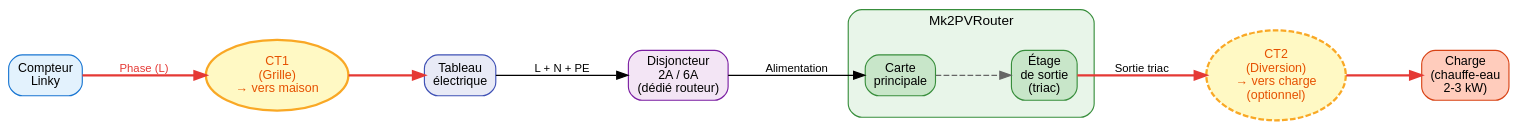
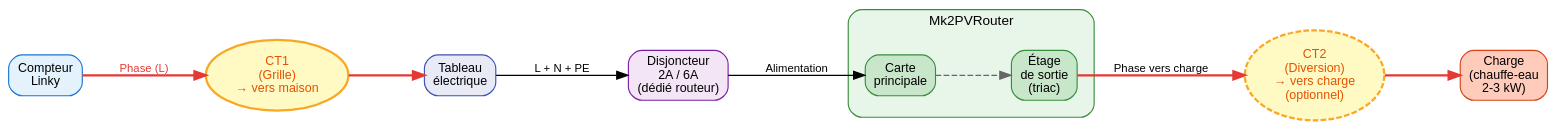
The first of 2 diagrams in content/installation-finale.rst (FredM67/Mk2PVRouter), drawn with Graphviz before and after one commit. The commit also changed other lines of this file, not shown here.

```diff
--- a/content/installation-finale.rst
+++ b/content/installation-finale.rst
@@ -164,47 +165,47 @@
 .. graphviz::
    :caption: Emplacement des CT — Installation monophasée
    :align: center
    :alt: Schéma d'installation des capteurs de courant en monophasé
 
    digraph ct_mono {
        rankdir=LR;
        node [shape=box, style="rounded,filled", fontname="Arial", fontsize=11];
        edge [fontname="Arial", fontsize=10];
        nodesep=0.6;
        ranksep=0.9;
        bgcolor=transparent;
 
        compteur [label="Compteur\nLinky", fillcolor="#E3F2FD", color="#1976D2"];
 
        ct1 [label="CT1\n(Grille)\n→ vers maison", shape=ellipse, fillcolor="#FFF9C4", color="#F9A825", fontcolor="#E65100", penwidth=2];
 
        tableau [label="Tableau\nélectrique", fillcolor="#E8EAF6", color="#3F51B5"];
 
        disj [label="Disjoncteur\n2A / 6A\n(dédié routeur)", fillcolor="#F3E5F5", color="#7B1FA2"];
 
        subgraph cluster_router {
            label="Mk2PVRouter";
            style="filled,rounded";
            fillcolor="#E8F5E9";
            color="#388E3C";
            fontname="Arial";
            fontsize=12;
            labelloc="t";
            margin=15;
 
            routeur [label="Carte\nprincipale", fillcolor="#C8E6C9", color="#388E3C"];
            sortie [label="Étage\nde sortie\n(triac)", fillcolor="#C8E6C9", color="#388E3C"];
        }
 
        ct2 [label="CT2\n(Diversion)\n→ vers charge\n(optionnel)", shape=ellipse, fillcolor="#FFF9C4", color="#F9A825", fontcolor="#E65100", style="filled,dashed", penwidth=2];
 
        charge [label="Charge\n(chauffe-eau\n2-3 kW)", fillcolor="#FFCCBC", color="#D84315"];
 
        compteur -> ct1 [label="Phase (L)", color="#E53935", fontcolor="#E53935", penwidth=2];
        ct1 -> tableau [color="#E53935", penwidth=2];
        tableau -> disj [label="L + N + PE"];
        disj -> routeur [label="Alimentation"];
        routeur -> sortie [style=dashed, color="#666666"];
-       sortie -> ct2 [label="Sortie triac", color="#E53935", penwidth=2];
+       sortie -> ct2 [label="Phase vers charge", color="#E53935", penwidth=2];
        ct2 -> charge [color="#E53935", penwidth=2];
    }
```
